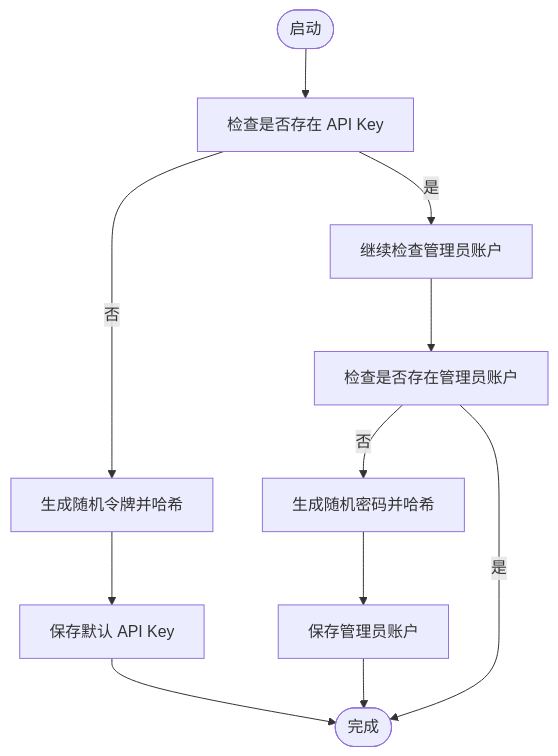
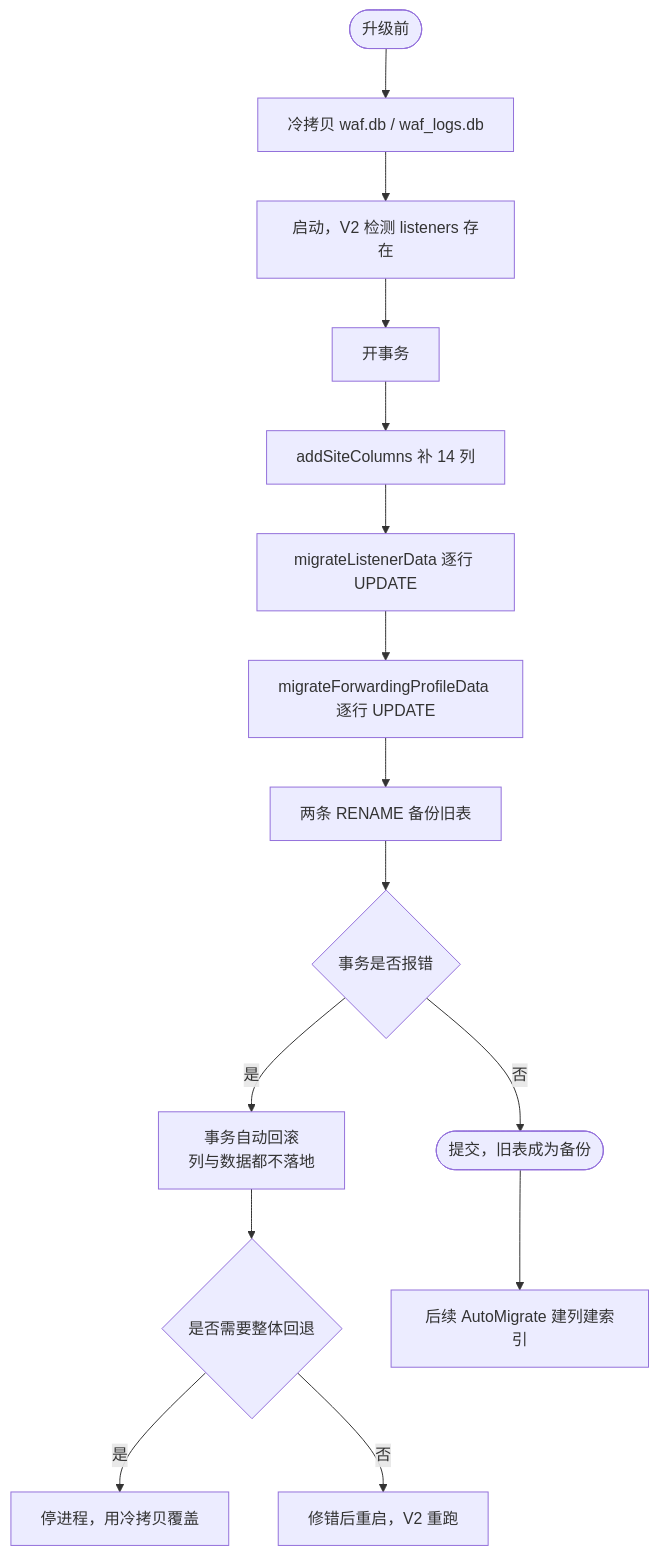
The fourth of 7 diagrams in docs/配置管理系统/迁移管理机制.md (x01n/My-OpenWaf), drawn with Mermaid before and after one commit. The commit also changed other lines of this file and 622 other files, not shown here.

````diff
--- a/docs/配置管理系统/迁移管理机制.md
+++ b/docs/配置管理系统/迁移管理机制.md
@@ -221,13 +295,17 @@
 ```mermaid
 flowchart TD
-S(["启动"]) --> CheckAK["检查是否存在 API Key"]
-CheckAK --> |否| GenTok["生成随机令牌并哈希"]
-GenTok --> SaveAK["保存默认 API Key"]
-CheckAK --> |是| NextAcc["继续检查管理员账户"]
-NextAcc --> CheckAcc["检查是否存在管理员账户"]
-CheckAcc --> |否| GenPwd["生成随机密码并哈希"]
-GenPwd --> SaveAcc["保存管理员账户"]
-CheckAcc --> |是| Done(["完成"])
-SaveAK --> Done
-SaveAcc --> Done
+A(["升级前"]) --> B["冷拷贝 waf.db / waf_logs.db"]
+B --> C["启动，V2 检测 listeners 存在"]
+C --> T["开事务"]
+T --> ADD["addSiteColumns 补 14 列"]
+ADD --> L1["migrateListenerData 逐行 UPDATE"]
+L1 --> L2["migrateForwardingProfileData 逐行 UPDATE"]
+L2 --> BK["两条 RENAME 备份旧表"]
+BK --> OK{"事务是否报错"}
+OK -- 否 --> DONE(["提交，旧表成为备份"])
+OK -- 是 --> RB["事务自动回滚<br/>列与数据都不落地"]
+RB --> Q{"是否需要整体回退"}
+Q -- 是 --> R1["停进程，用冷拷贝覆盖"]
+Q -- 否 --> R2["修错后重启，V2 重跑"]
+DONE --> P2["后续 AutoMigrate 建列建索引"]
 ```
````
